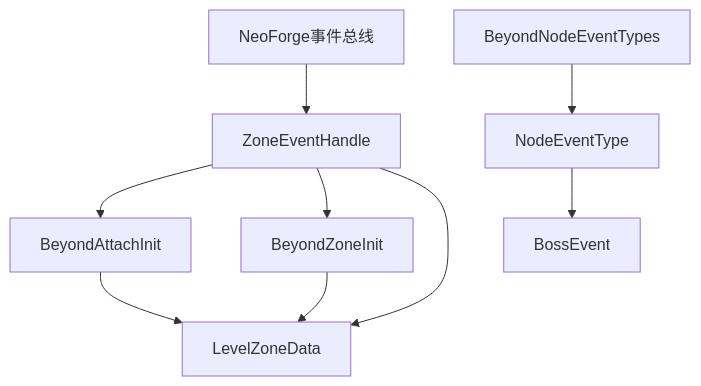
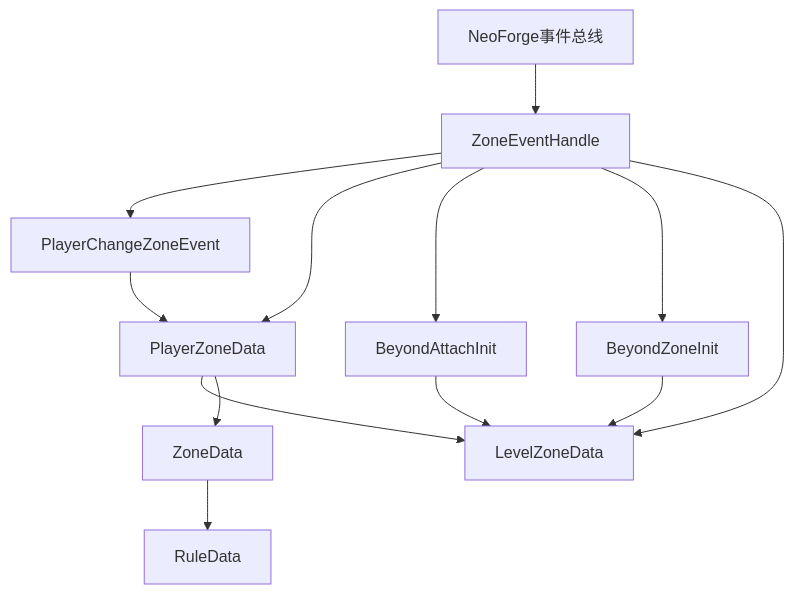
Before and after one commit to Ver-shift/SubModulesGeneHunter: the second of 4 diagrams in .qoder/repowiki/zh/content/模块架构/Beyond安全区模块/事件处理系统.md, drawn with Mermaid. The commit also changed other lines of this file and 16 other files, not shown here.

````diff
--- a/.qoder/repowiki/zh/content/模块架构/Beyond安全区模块/事件处理系统.md
+++ b/.qoder/repowiki/zh/content/模块架构/Beyond安全区模块/事件处理系统.md
@@ -103,19 +129,24 @@
 ```mermaid
 graph TB
 NF["NeoForge事件总线"]
 ZEH["ZoneEventHandle"]
+PCZE["PlayerChangeZoneEvent"]
+PZD["PlayerZoneData"]
 BAI["BeyondAttachInit"]
 BZI["BeyondZoneInit"]
 LED["LevelZoneData"]
-BNE["BeyondNodeEventTypes"]
-NET["NodeEventType"]
-BE["BossEvent"]
+ZD["ZoneData"]
+RD["RuleData"]
 NF --> ZEH
+ZEH --> PCZE
+ZEH --> PZD
 ZEH --> BAI
 ZEH --> BZI
 ZEH --> LED
+PCZE --> PZD
+PZD --> LED
+PZD --> ZD
+ZD --> RD
 BAI --> LED
 BZI --> LED
-BNE --> NET
-NET --> BE
 ```
````
